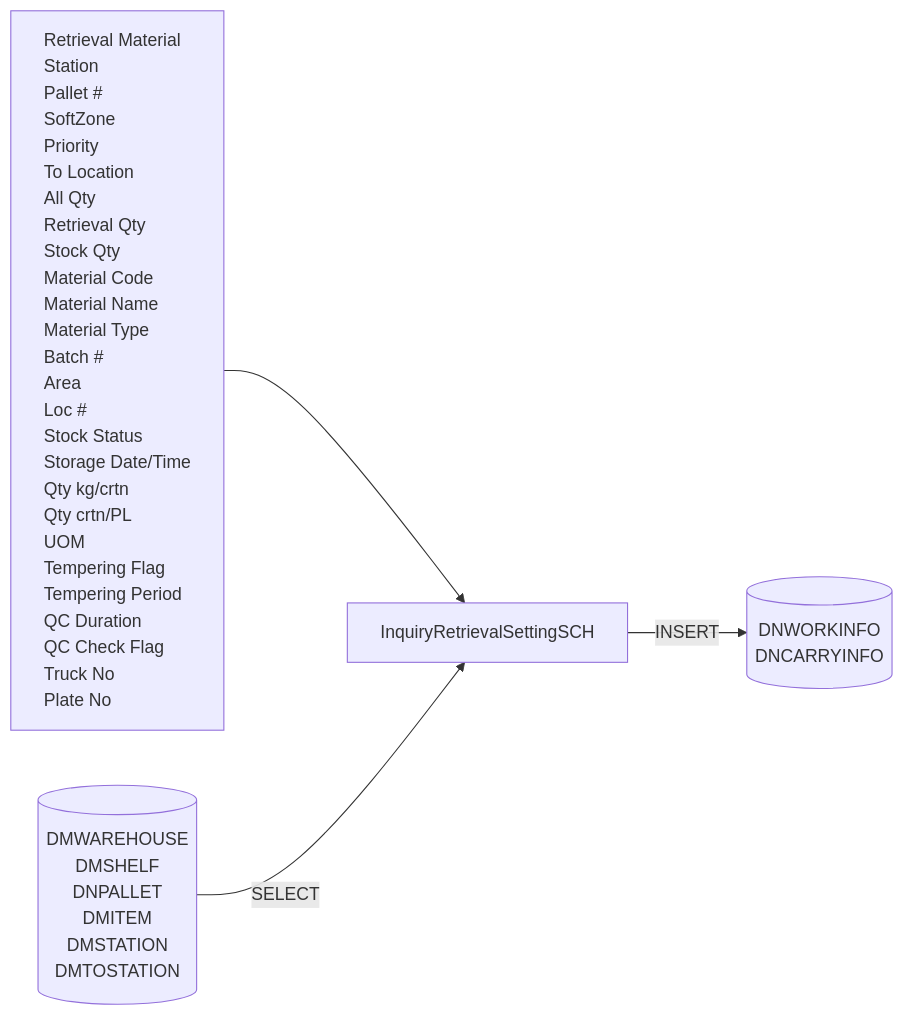
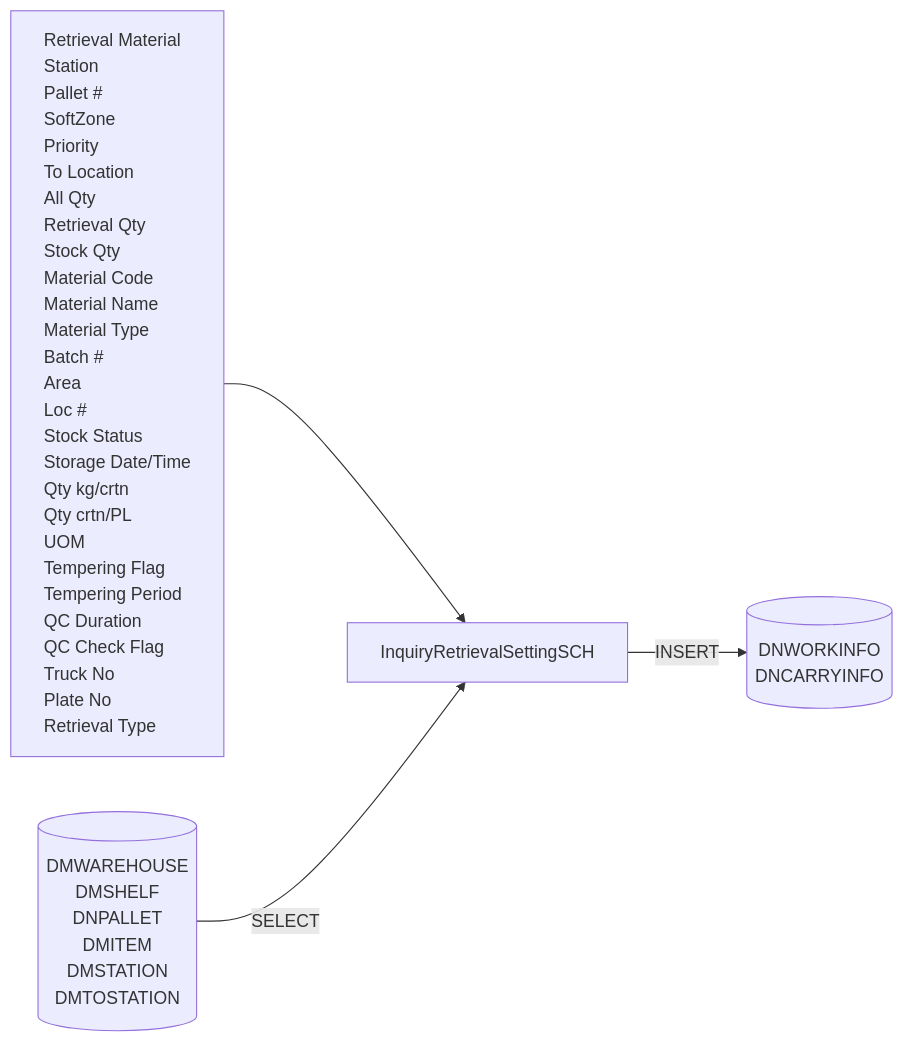
Before and after one commit to luthfiadityaa/SimeDarby-Wiki: the fifth of 15 diagrams in Basic-Design/DFD-WMS/Retrieval/Specific-Location-Retrieval-Setting.md, drawn with Mermaid.

Commit message:
Updated Specific Location Retrieval Setting

```diff
--- a/Basic-Design/DFD-WMS/Retrieval/Specific-Location-Retrieval-Setting.md
+++ b/Basic-Design/DFD-WMS/Retrieval/Specific-Location-Retrieval-Setting.md
@@ -124,53 +124,54 @@
 ::: mermaid
 flowchart LR
     input[
         Retrieval Material
         Station
         Pallet #
         SoftZone
         Priority
         To Location
         All Qty
         Retrieval Qty
         Stock Qty
         Material Code
         Material Name
         Material Type
         Batch #
         Area
         Loc #
         Stock Status
         Storage Date/Time
         Qty kg/crtn
         Qty crtn/PL
         UOM
         Tempering Flag
         Tempering Period
         QC Duration
         QC Check Flag
         Truck No
         Plate No
+        Retrieval Type
     ]
 
     tableList-insert[("
         DNWORKINFO
         DNCARRYINFO
     ")]
 
      tableList-select[("
         DMWAREHOUSE
         DMSHELF
         DNPALLET
         DMITEM
         DMSTATION
         DMTOSTATION
     ")]
 
     className[InquiryRetrievalSettingSCH]
 
     input --> className --> |INSERT| tableList-insert
     tableList-select --> |SELECT| className
 
     classDef leftAlign text-align:left;
     class input leftAlign;
 :::
```
